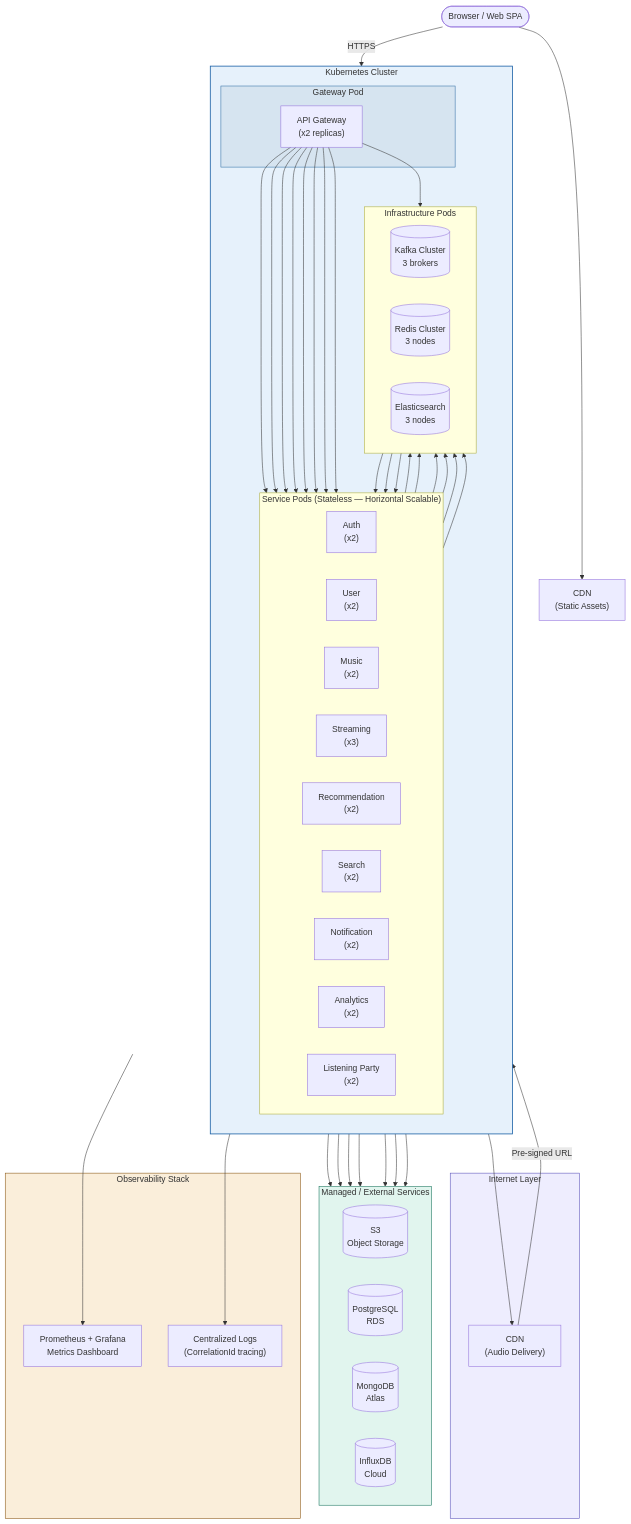
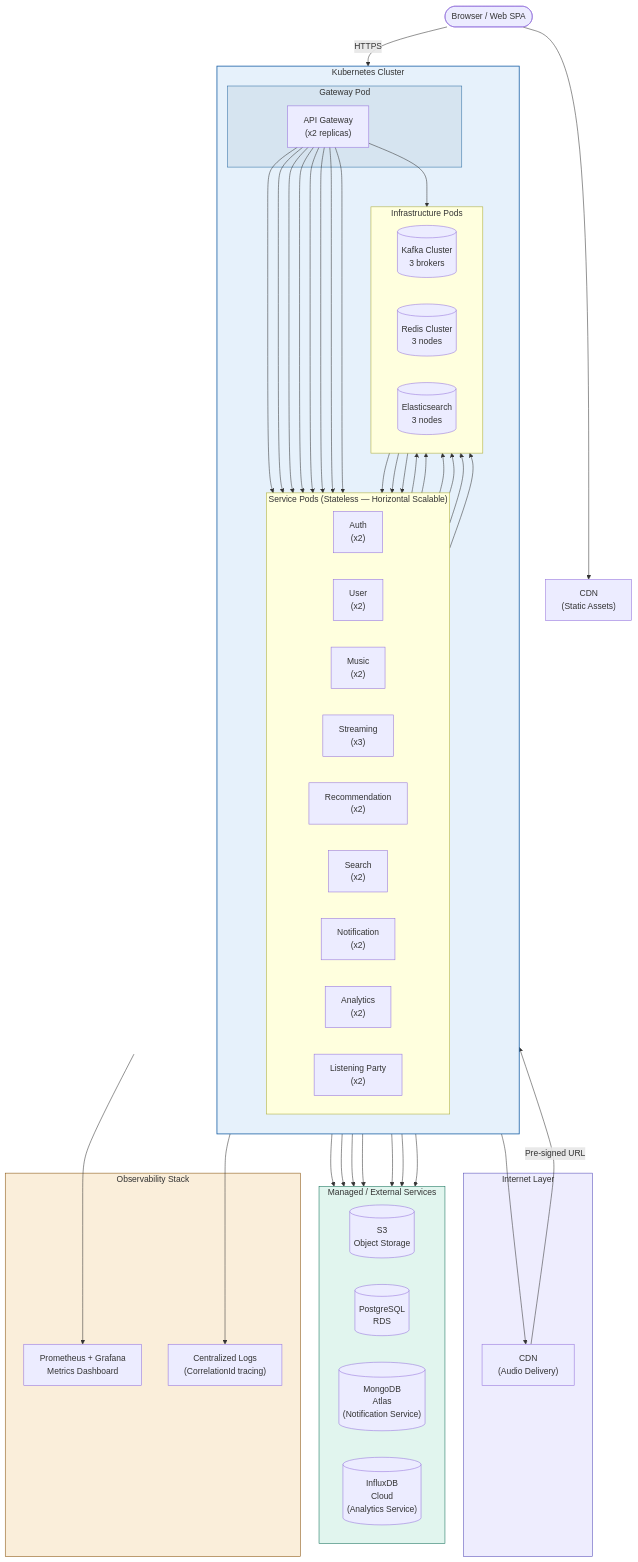
Before and after one commit to hoanhngjp/Seminar-Project: the fourth of 4 diagrams in docs/architecture/system_architecture_mermaid.md, drawn with Mermaid. The commit also changed other lines of this file and 34 other files, not shown here.

````diff
--- a/docs/architecture/system_architecture_mermaid.md
+++ b/docs/architecture/system_architecture_mermaid.md
@@ -208,80 +216,80 @@
 ```mermaid
 flowchart TB
   Browser(["Browser / Web SPA"])
   CDN_STATIC["CDN\n(Static Assets)"]
 
   subgraph INTERNET["Internet Layer"]
     CDN_AUDIO["CDN\n(Audio Delivery)"]
   end
 
   subgraph K8S["Kubernetes Cluster"]
     direction TB
 
     subgraph GATEWAY_POD["Gateway Pod"]
       AG["API Gateway\n(x2 replicas)"]
     end
 
     subgraph SERVICE_PODS["Service Pods (Stateless — Horizontal Scalable)"]
       direction LR
       AUTH_P["Auth\n(x2)"]
       USER_P["User\n(x2)"]
       MUSIC_P["Music\n(x2)"]
       STREAM_P["Streaming\n(x3)"]
       REC_P["Recommendation\n(x2)"]
       SEARCH_P["Search\n(x2)"]
       NOTIF_P["Notification\n(x2)"]
       ANL_P["Analytics\n(x2)"]
       PARTY_P["Listening Party\n(x2)"]
     end
 
     subgraph INFRA_PODS["Infrastructure Pods"]
       direction LR
       KAFKA_P[("Kafka Cluster\n3 brokers")]
       REDIS_P[("Redis Cluster\n3 nodes")]
       ES_P[("Elasticsearch\n3 nodes")]
     end
   end
 
   subgraph MANAGED["Managed / External Services"]
     direction LR
     S3_M[("S3\nObject Storage")]
     PG_M[("PostgreSQL\nRDS")]
-    MDB_M[("MongoDB\nAtlas")]
-    IDB_M[("InfluxDB\nCloud")]
+    MDB_M[("MongoDB\nAtlas\n(Notification Service)")]
+    IDB_M[("InfluxDB\nCloud\n(Analytics Service)")]
   end
 
   subgraph OBS["Observability Stack"]
     PROM["Prometheus + Grafana\nMetrics Dashboard"]
     LOG["Centralized Logs\n(CorrelationId tracing)"]
   end
 
   Browser --> CDN_STATIC
   Browser -->|"HTTPS"| AG
   CDN_AUDIO -->|"Pre-signed URL"| STREAM_P
 
   AG --> AUTH_P & USER_P & MUSIC_P & STREAM_P & REC_P & SEARCH_P & NOTIF_P & ANL_P
   STREAM_P --> CDN_AUDIO
   STREAM_P --> S3_M
   MUSIC_P --> S3_M
 
   AUTH_P & USER_P --> PG_M
   MUSIC_P --> PG_M
   NOTIF_P --> MDB_M
   ANL_P --> IDB_M
   REC_P --> REDIS_P
   PARTY_P --> REDIS_P
   AG --> REDIS_P
   SEARCH_P --> ES_P
 
   STREAM_P & MUSIC_P & USER_P --> KAFKA_P
   KAFKA_P --> ANL_P & REC_P & NOTIF_P
 
   SERVICE_PODS --> PROM
   SERVICE_PODS --> LOG
 
   style K8S fill:#E6F1FB,stroke:#185FA5,stroke-width:1.5px
   style MANAGED fill:#E1F5EE,stroke:#0F6E56,stroke-width:1px
   style OBS fill:#FAEEDA,stroke:#854F0B,stroke-width:1px
   style INTERNET fill:#EEEDFE,stroke:#534AB7,stroke-width:1px
   style GATEWAY_POD fill:#D6E4F0,stroke:#2E6DA4,stroke-width:1px
 ```
````
